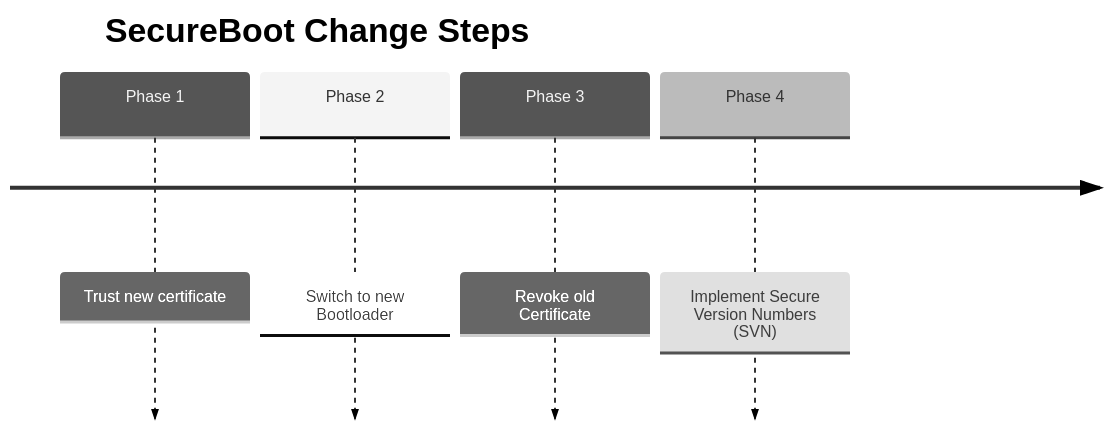
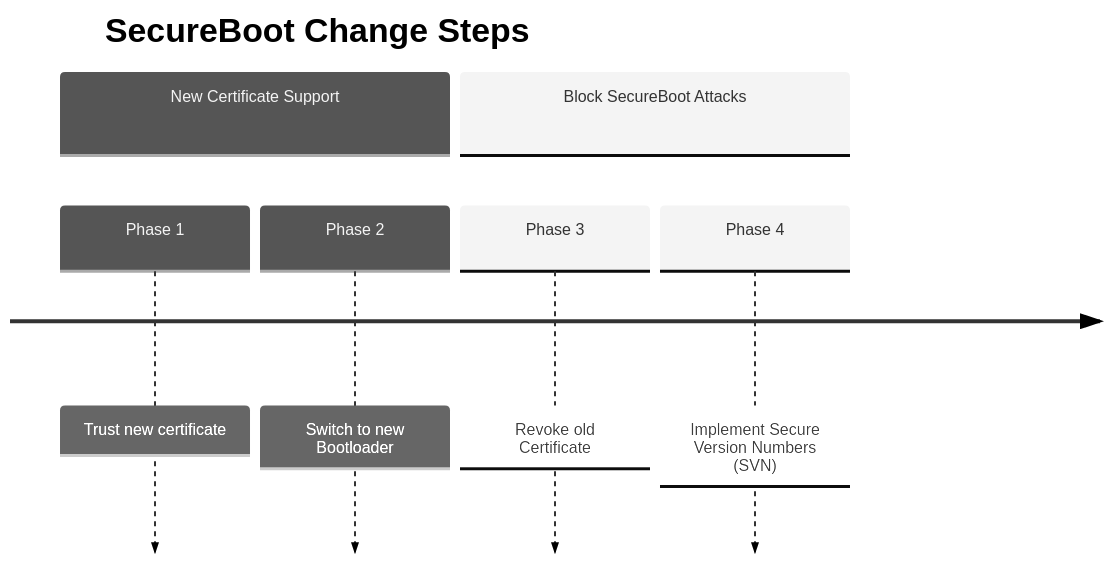
One commit to ElizabethGreene/DevProjects changed the diagram in SecurebootChanges/readme.md. Above: the diagram before and after it, drawn with Mermaid (neutral theme).

Commit message:
Add Sections to Mermaid Diagram

````diff
--- a/SecurebootChanges/readme.md
+++ b/SecurebootChanges/readme.md
@@ -45,8 +45,10 @@
 ```mermaid
 timeline
     title SecureBoot Change Steps
+    section New Certificate Support
     Phase 1 : Trust new certificate
     Phase 2 : Switch to new Bootloader
+    section Block SecureBoot Attacks
     Phase 3 : Revoke old Certificate
     Phase 4 : Implement Secure Version Numbers (SVN)
 ```
````
